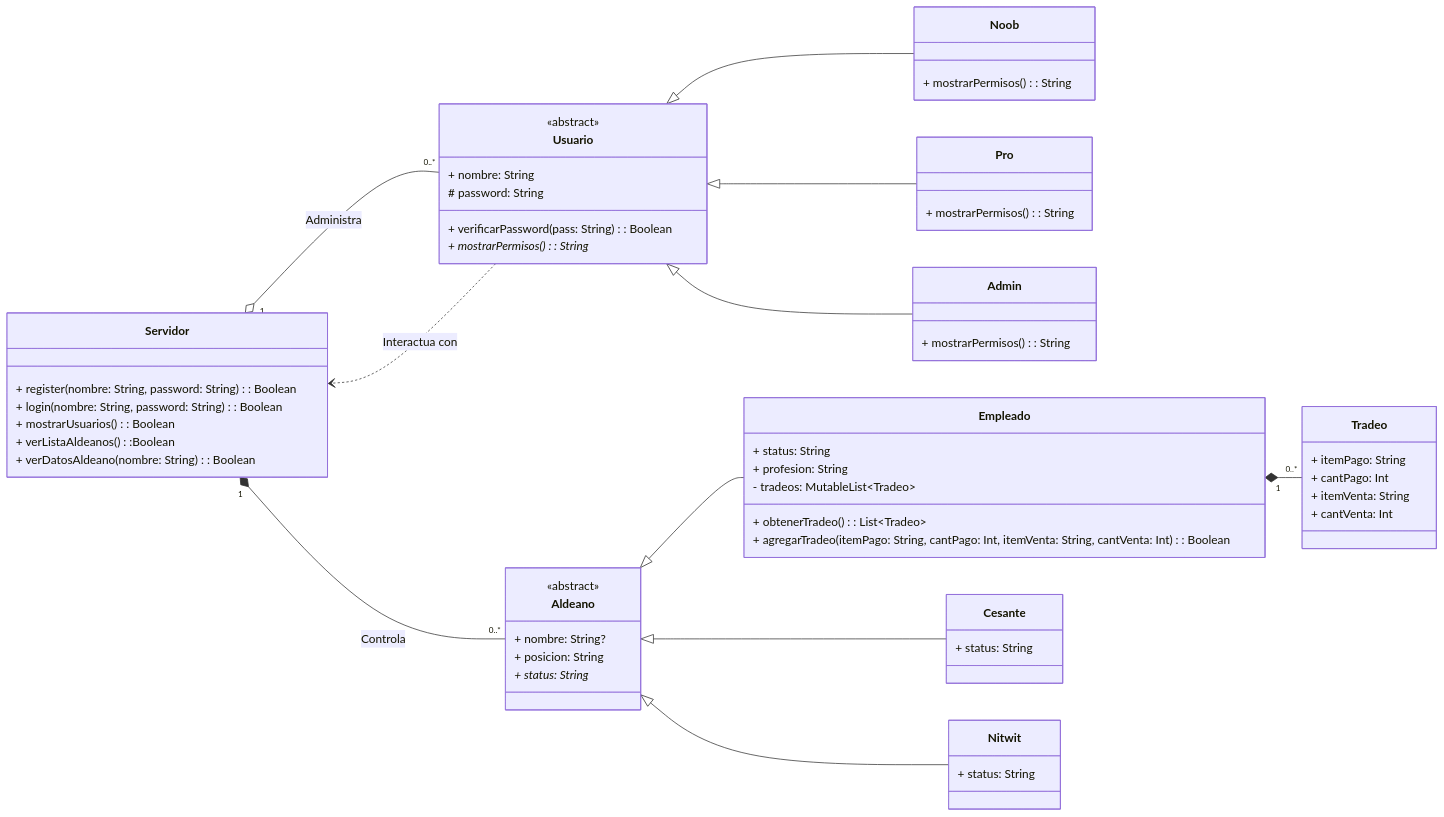
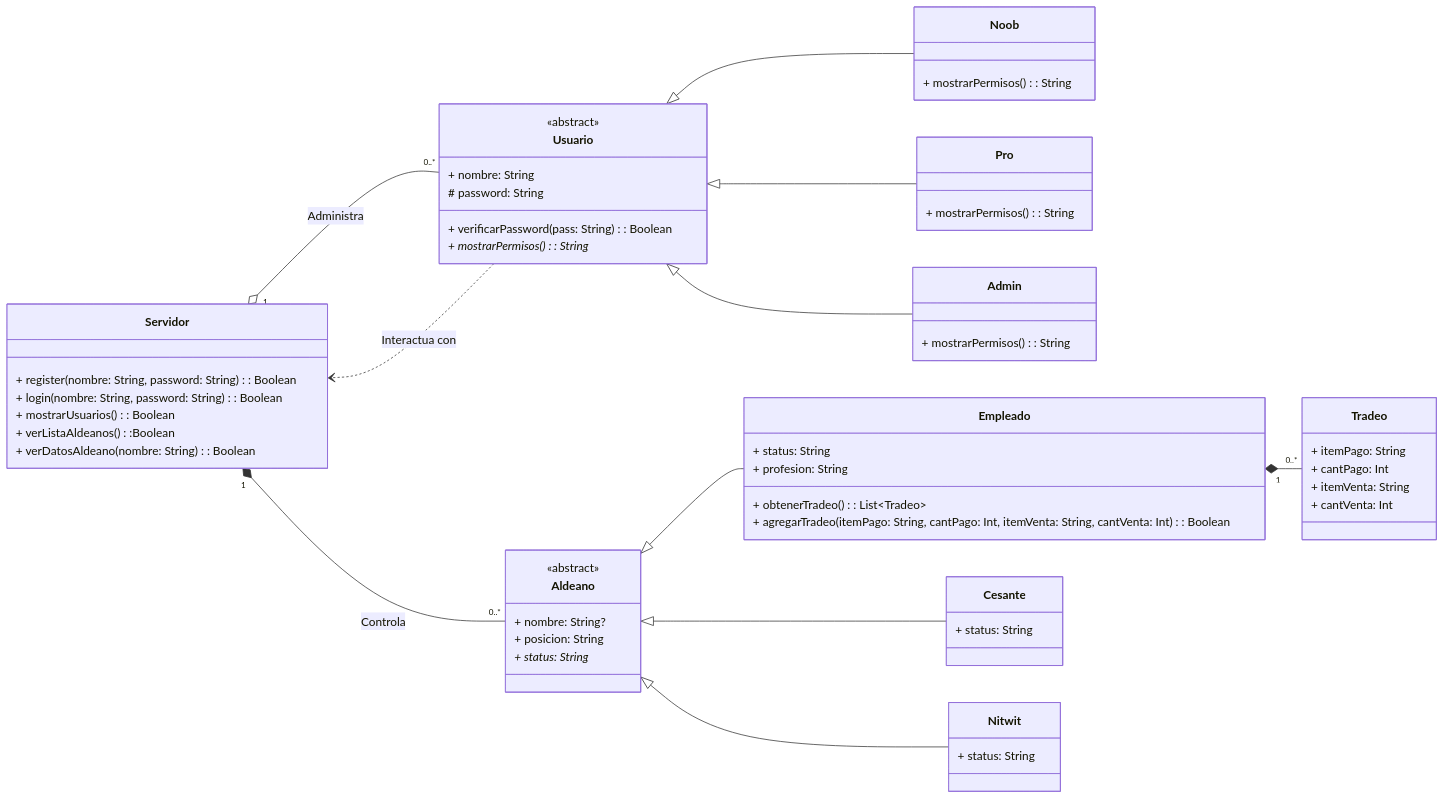
Before and after one commit to carlos-moreno1/lab-kotlin1: the diagram in README.md, drawn with Mermaid.

````diff
--- a/README.md
+++ b/README.md
@@ -72,76 +72,75 @@
 ```mermaid
 classDiagram
     direction LR
     class Servidor {
         + register(nombre: String, password: String): Boolean
         + login(nombre: String, password: String): Boolean
         + mostrarUsuarios(): Boolean
         + verListaAldeanos():Boolean
         + verDatosAldeano(nombre: String): Boolean
     }
 
     class Usuario {
         <<abstract>>
         + nombre: String
         # password: String
         + verificarPassword(pass: String): Boolean
         + mostrarPermisos(): String*
     }
 
     class Noob {
         + mostrarPermisos(): String
     }
     
     class Pro {
         + mostrarPermisos(): String
     }
     
     class Admin {
         + mostrarPermisos(): String
     }
 
     class Aldeano {
         <<abstract>>
         + nombre: String?
         + posicion: String
         + status: String*
     }
 
     class Empleado {
         + status: String
         + profesion: String
-        - tradeos: MutableList~Tradeo~
         + obtenerTradeo(): List~Tradeo~
         + agregarTradeo(itemPago: String, cantPago: Int, itemVenta: String, cantVenta: Int): Boolean
     }
 
     class Cesante {
         + status: String
     }
 
     class Nitwit {
         + status: String
     }
 
     class Tradeo {
         + itemPago: String
         + cantPago: Int
         + itemVenta: String
         + cantVenta: Int
     }
 
     %% HERENCIA
     Aldeano <|-- Empleado
     Aldeano <|-- Cesante
     Aldeano <|-- Nitwit
 
     Usuario <|-- Noob
     Usuario <|-- Pro
     Usuario <|-- Admin
 
     %% RELACIONES
     Empleado "1" *-- "0..*" Tradeo
     Servidor "1" *-- "0..*" Aldeano : Controla
     Servidor "1" o-- "0..*" Usuario : Administra
     Usuario ..> Servidor : Interactua con
 ```
````
